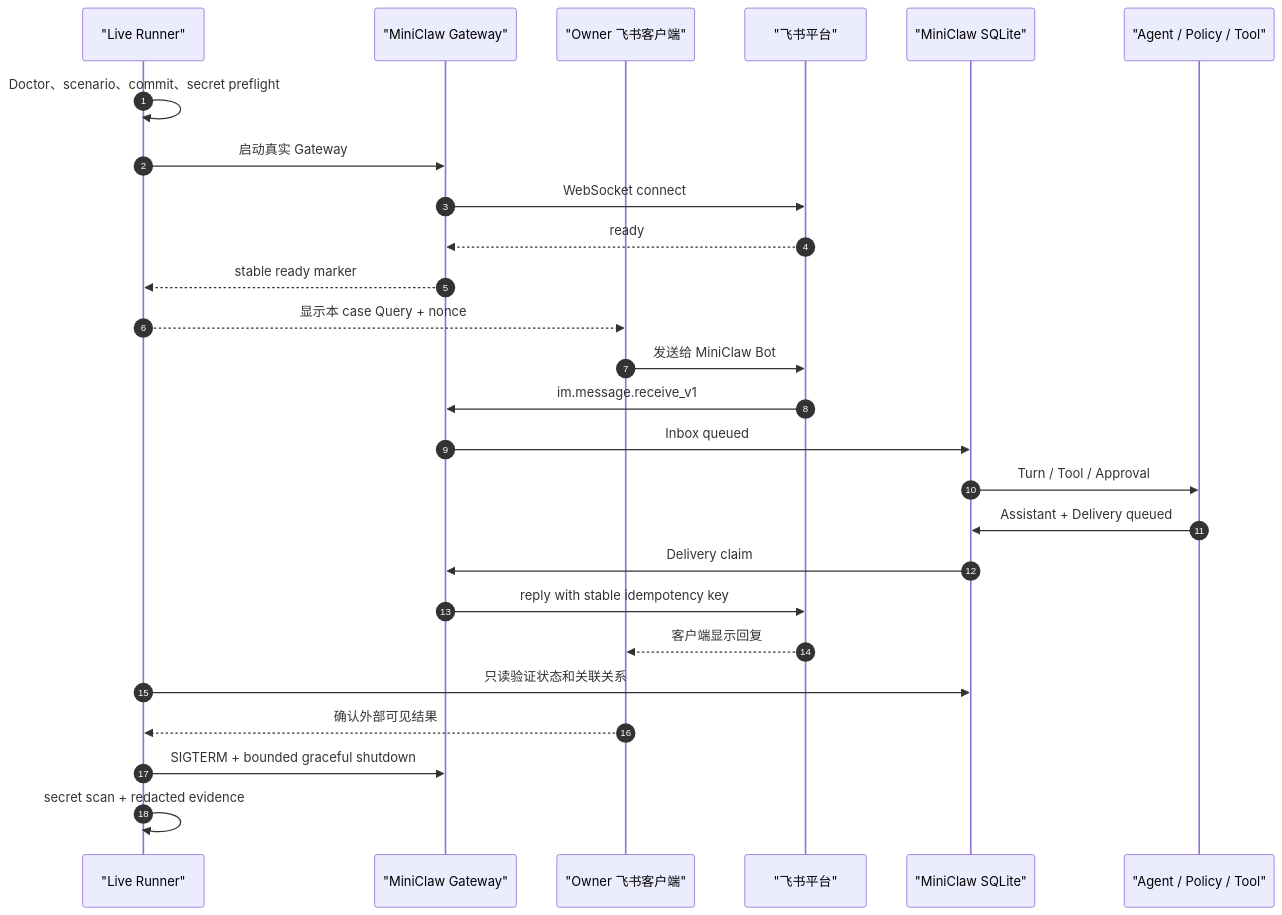
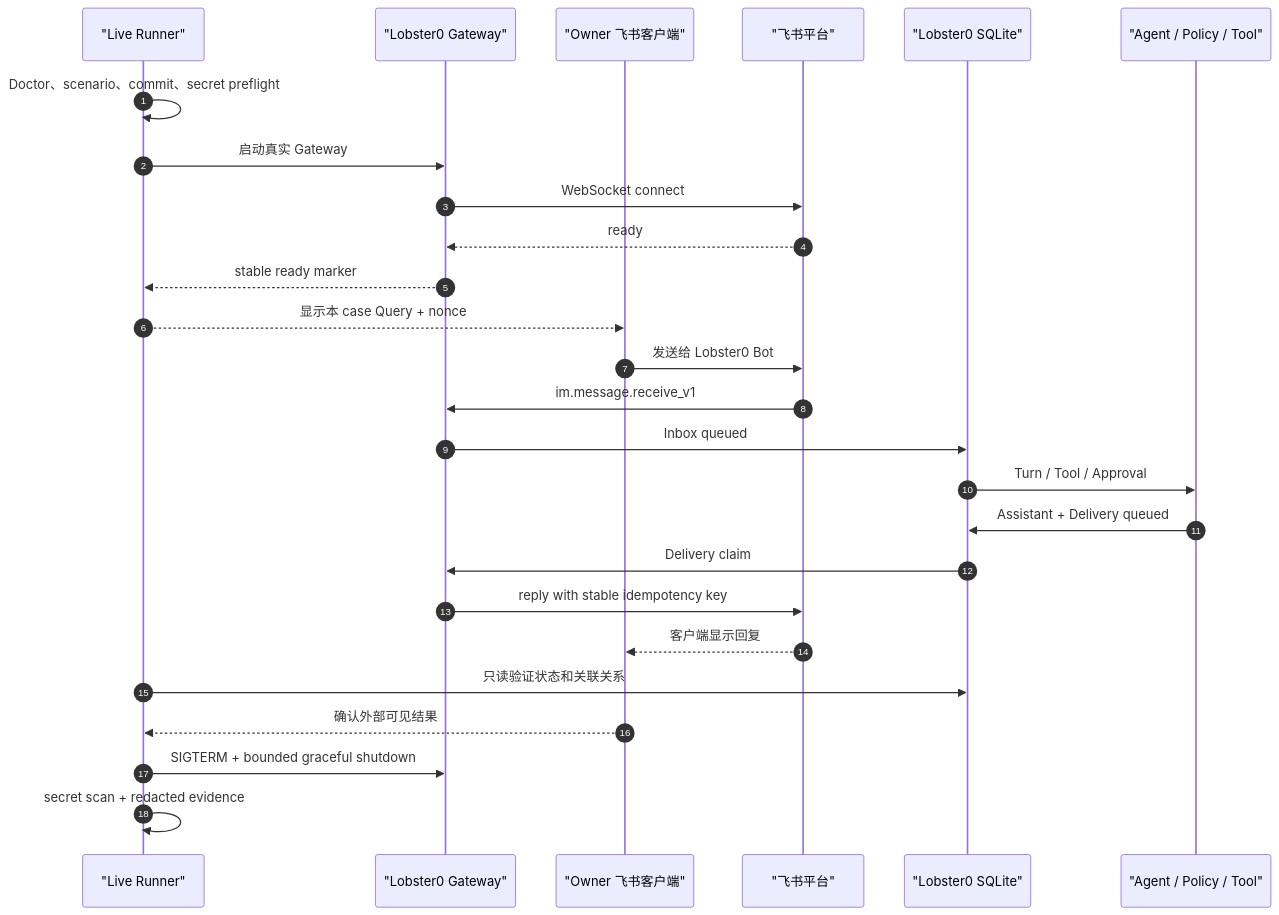
One commit to NEDONION/lobster0 changed the second of 4 diagrams in docs/superpowers/specs/2026-08-08-phase-5-feishu-live-e2e-design.md. Above: the diagram before and after it, drawn with Mermaid. The commit also changed other lines of this file and 221 other files, not shown here.

````diff
--- a/docs/superpowers/specs/2026-08-08-phase-5-feishu-live-e2e-design.md
+++ b/docs/superpowers/specs/2026-08-08-phase-5-feishu-live-e2e-design.md
@@ -312,29 +312,29 @@
 ```mermaid
 sequenceDiagram
     autonumber
     participant R as "Live Runner"
-    participant G as "MiniClaw Gateway"
+    participant G as "Lobster0 Gateway"
     participant U as "Owner 飞书客户端"
     participant F as "飞书平台"
-    participant DB as "MiniClaw SQLite"
+    participant DB as "Lobster0 SQLite"
     participant A as "Agent / Policy / Tool"
 
     R->>R: Doctor、scenario、commit、secret preflight
     R->>G: 启动真实 Gateway
     G->>F: WebSocket connect
     F-->>G: ready
     G-->>R: stable ready marker
     R-->>U: 显示本 case Query + nonce
-    U->>F: 发送给 MiniClaw Bot
+    U->>F: 发送给 Lobster0 Bot
     F->>G: im.message.receive_v1
     G->>DB: Inbox queued
     DB->>A: Turn / Tool / Approval
     A->>DB: Assistant + Delivery queued
     DB->>G: Delivery claim
     G->>F: reply with stable idempotency key
     F-->>U: 客户端显示回复
     R->>DB: 只读验证状态和关联关系
     U-->>R: 确认外部可见结果
     R->>G: SIGTERM + bounded graceful shutdown
     R->>R: secret scan + redacted evidence
 ```
````
